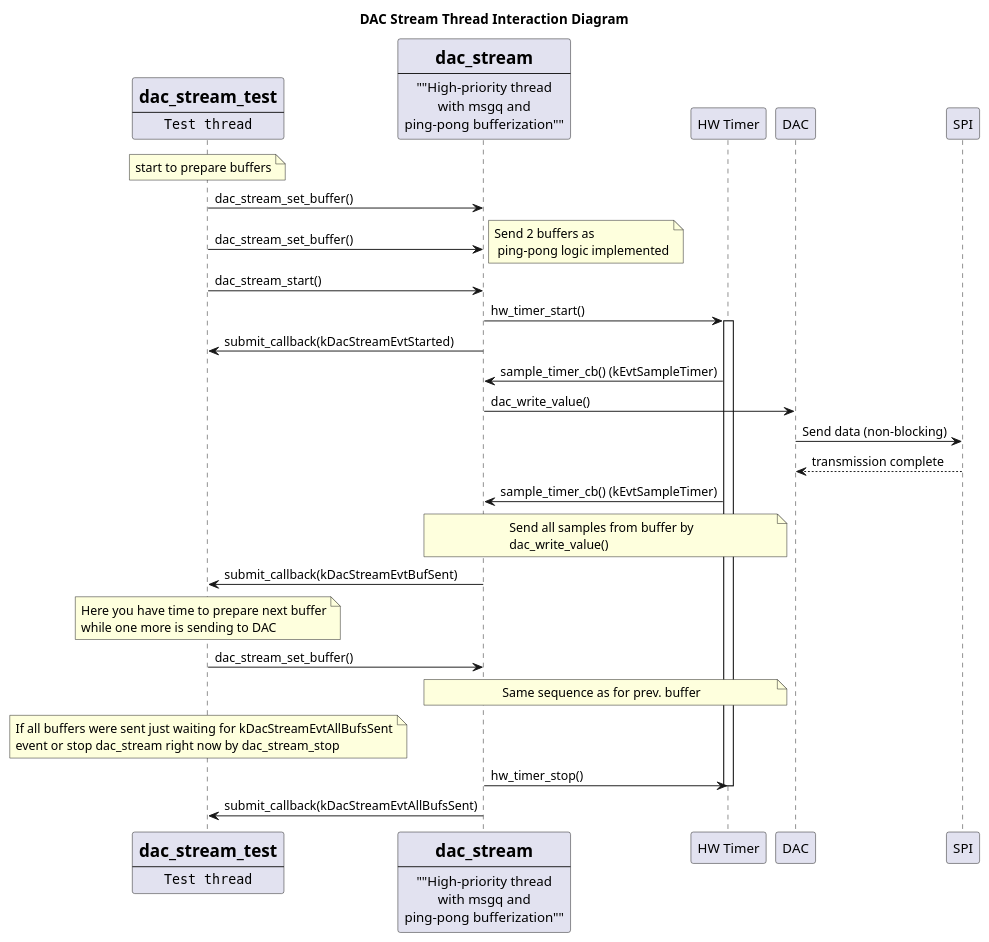
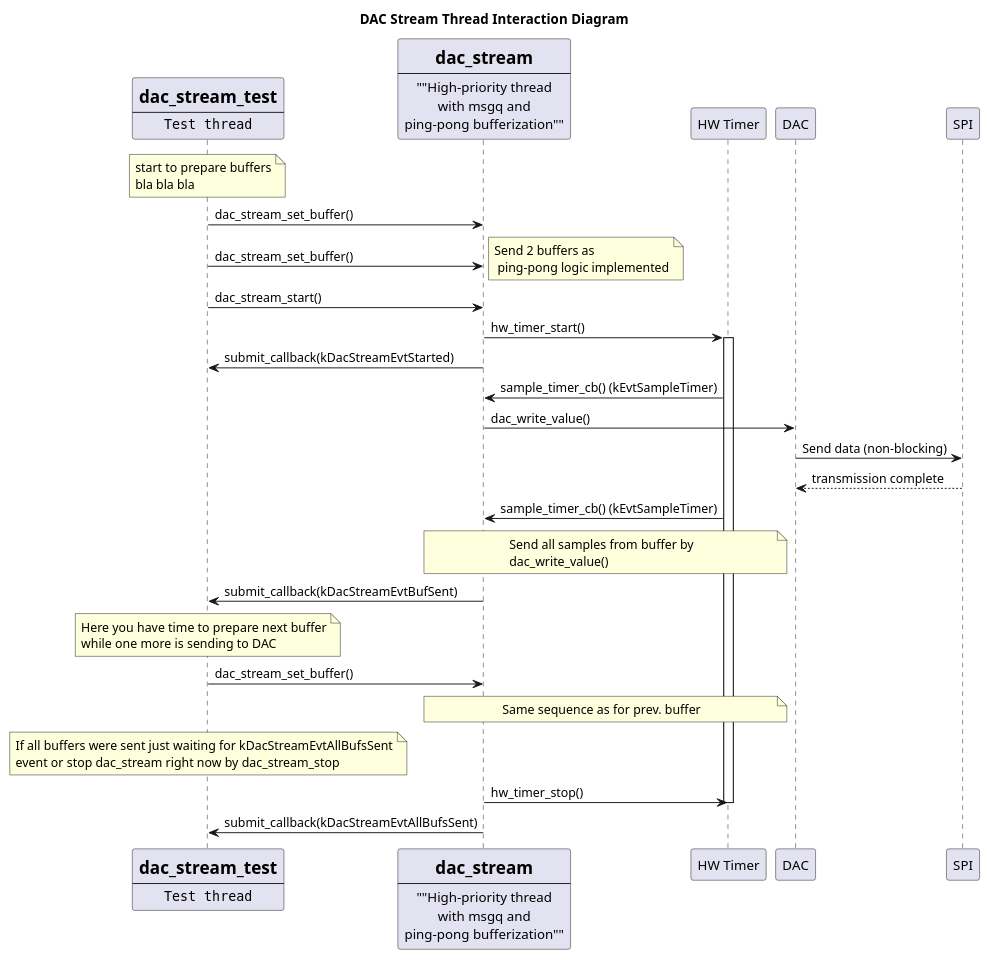
One commit to aleksejshch/puml-rendering-test changed the diagram in docs/dac_stream_test_interaction.puml. Above: the diagram before and after it, drawn with PlantUML.

Commit message:
change puml

```diff
--- a/docs/dac_stream_test_interaction.puml
+++ b/docs/dac_stream_test_interaction.puml
@@ -1,57 +1,58 @@
 @startuml
 title DAC Stream Thread Interaction Diagram
 
 participant TestThread [
 =dac_stream_test
 ----
 ""Test thread""
 ]
 participant StreamThread [
 =dac_stream
 ----
 ""High-priority thread
 with msgq and
 ping-pong bufferization""
 ]
 participant "HW Timer" as Timer
 participant "DAC" as DAC
 participant "SPI" as SPI
 
 note over TestThread
 start to prepare buffers
+bla bla bla
 end note
 TestThread -> StreamThread : dac_stream_set_buffer()
 TestThread -> StreamThread : dac_stream_set_buffer()
 note right: Send 2 buffers as \n ping-pong logic implemented
 TestThread -> StreamThread : dac_stream_start()
 StreamThread -> Timer : hw_timer_start()
 activate Timer
 StreamThread -> TestThread : submit_callback(kDacStreamEvtStarted)
 Timer -> StreamThread : sample_timer_cb() (kEvtSampleTimer)
 StreamThread -> DAC : dac_write_value()
 DAC -> SPI : Send data (non-blocking)
 SPI --> DAC : transmission complete
 Timer -> StreamThread : sample_timer_cb() (kEvtSampleTimer)
 note over StreamThread, Timer
 Send all samples from buffer by
 dac_write_value()
 end note
 StreamThread -> TestThread : submit_callback(kDacStreamEvtBufSent)
 note over TestThread
 Here you have time to prepare next buffer
 while one more is sending to DAC
 end note
 TestThread -> StreamThread : dac_stream_set_buffer()
 note over StreamThread, Timer
 Same sequence as for prev. buffer
 end note
 note over TestThread
 If all buffers were sent just waiting for kDacStreamEvtAllBufsSent
 event or stop dac_stream right now by dac_stream_stop
 end note
 StreamThread -> Timer : hw_timer_stop()
 deactivate Timer 
 StreamThread -> TestThread : submit_callback(kDacStreamEvtAllBufsSent)
 
 
 @enduml
```
